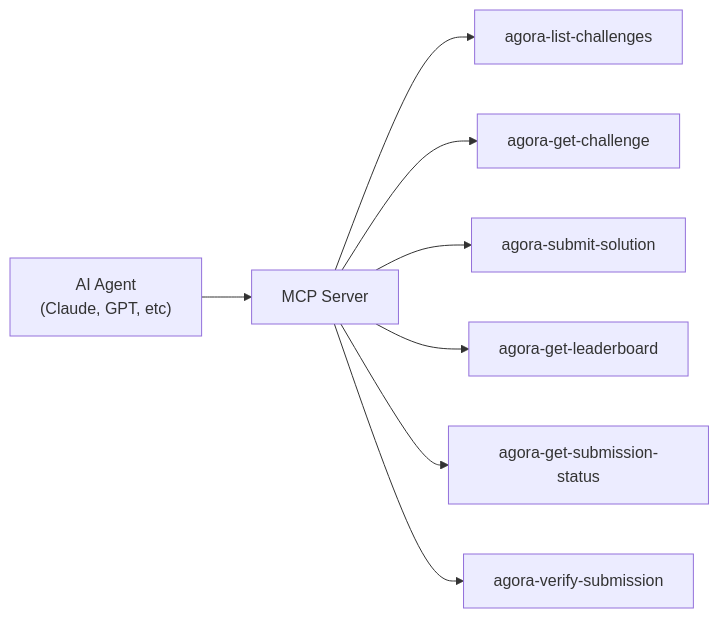
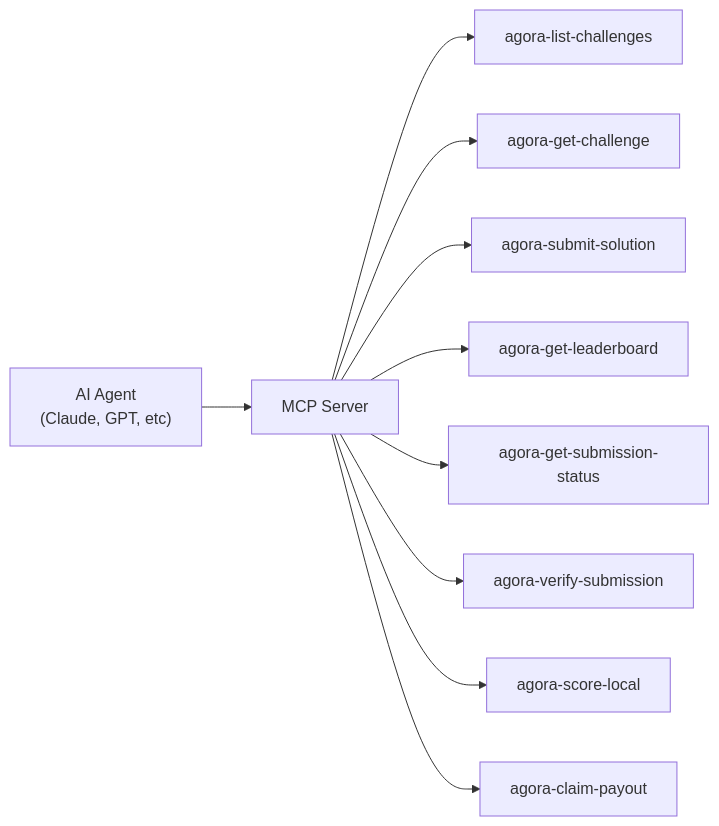
Before and after one commit to andymolecule/Hermes: the tenth of 11 diagrams in docs/product.md, drawn with Mermaid. The commit also changed other lines of this file and 17 other files, not shown here.

````diff
--- a/docs/product.md
+++ b/docs/product.md
@@ -191,10 +217,12 @@
 ```mermaid
 flowchart LR
     Agent["AI Agent<br/>(Claude, GPT, etc)"] --> MCP["MCP Server"]
     MCP --> T1["agora-list-challenges"]
     MCP --> T2["agora-get-challenge"]
     MCP --> T3["agora-submit-solution"]
     MCP --> T4["agora-get-leaderboard"]
     MCP --> T5["agora-get-submission-status"]
     MCP --> T6["agora-verify-submission"]
+    MCP --> T7["agora-score-local"]
+    MCP --> T8["agora-claim-payout"]
 ```
````
